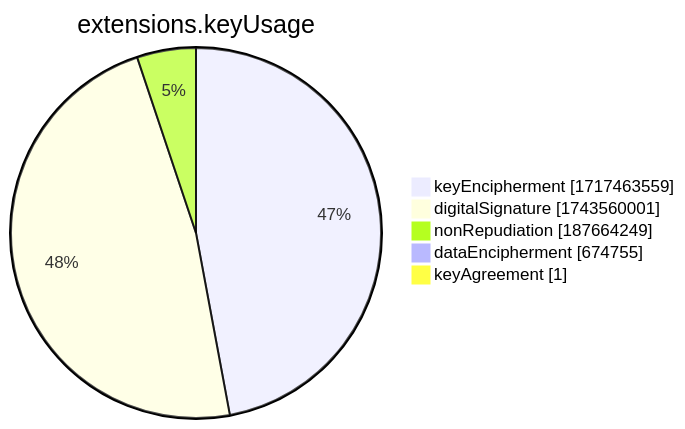
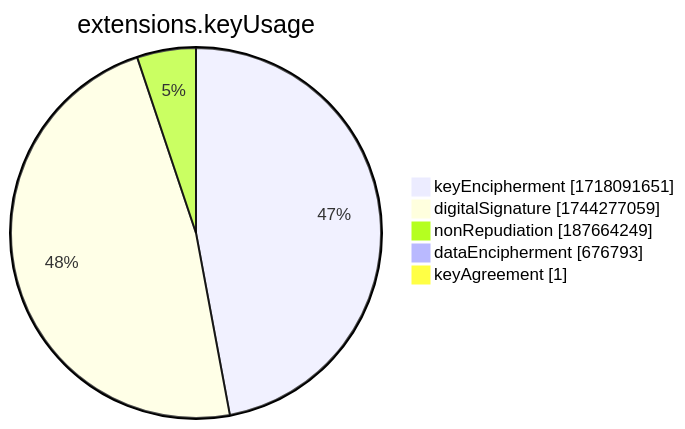
The seventh of 15 diagrams in xenon2022/README.md (christiankrug/ctmonitor_visualization), drawn with Mermaid before and after one commit. The commit also changed other lines of this file, not shown here.

````diff
--- a/xenon2022/README.md
+++ b/xenon2022/README.md
@@ -2858,9 +2858,9 @@
 ```mermaid
 pie showData
 title extensions.keyUsage
-"keyEncipherment" :1717463559
-"digitalSignature" :1743560001
+"keyEncipherment" :1718091651
+"digitalSignature" :1744277059
 "nonRepudiation" :187664249
-"dataEncipherment" :674755
+"dataEncipherment" :676793
 "keyAgreement" :1
 ```
````
